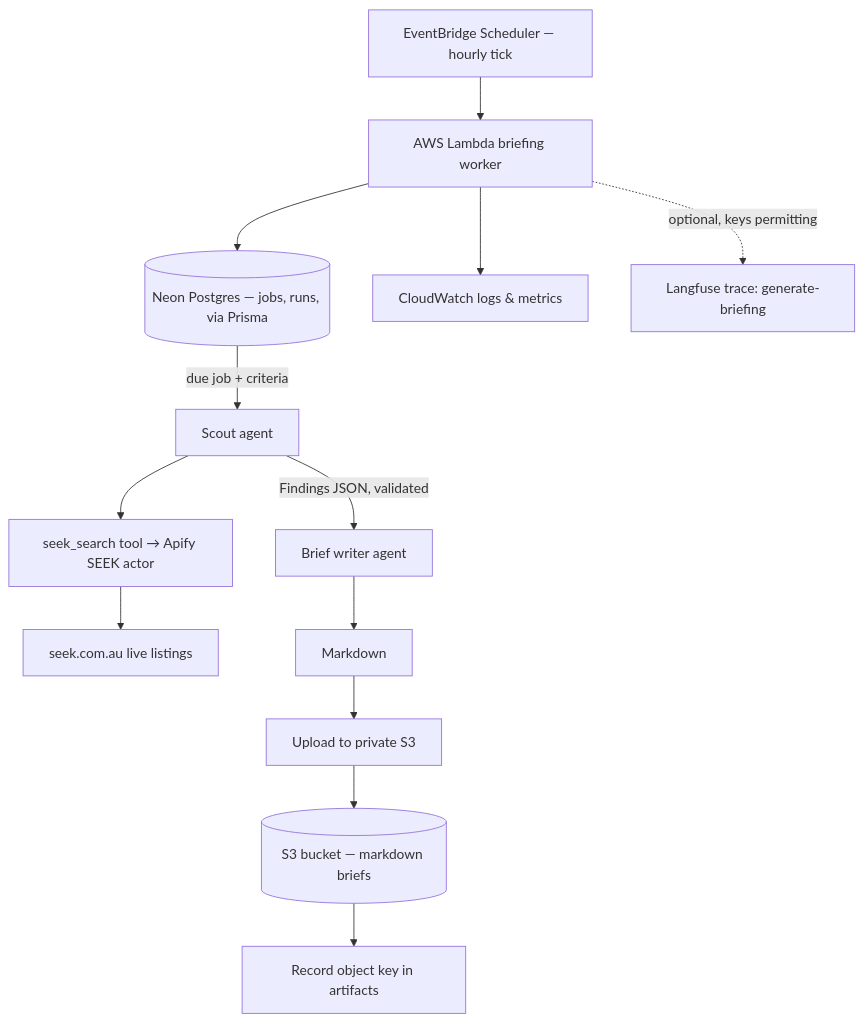
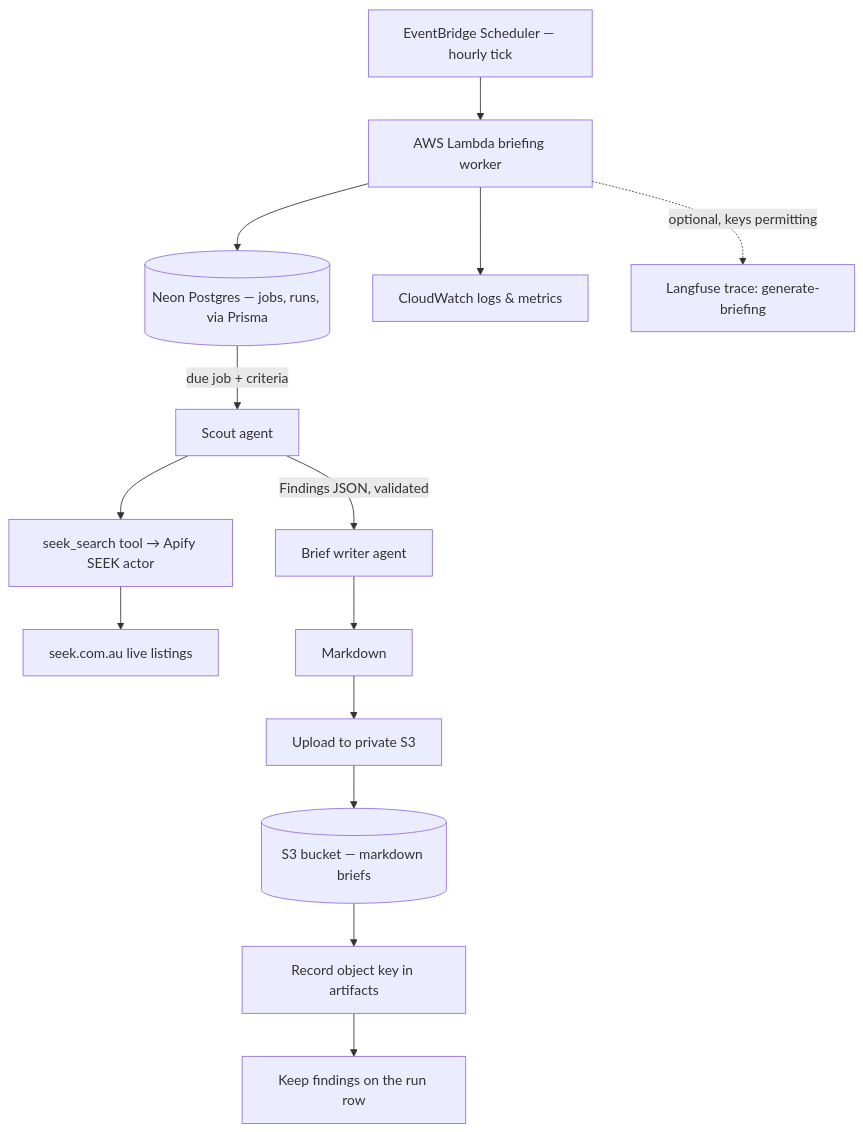
One commit to sunnyeyles/control-panel changed the first of 2 diagrams in OVERVIEW.md. Above: the diagram before and after it, drawn with Mermaid. The commit also changed other lines of this file and 2 other files, not shown here.

````diff
--- a/OVERVIEW.md
+++ b/OVERVIEW.md
@@ -64,15 +64,16 @@
 ```mermaid
 flowchart TD
     E[EventBridge Scheduler — hourly tick] --> F[AWS Lambda briefing worker]
     F --> D[(Neon Postgres — jobs, runs, via Prisma)]
     D -->|due job + criteria| G[Scout agent]
     G --> T[seek_search tool → Apify SEEK actor]
     T --> X[seek.com.au live listings]
     G -->|Findings JSON, validated| L[Brief writer agent]
     L --> Z[Markdown]
     Z --> U[Upload to private S3]
     U --> V[(S3 bucket — markdown briefs)]
     V --> W[Record object key in artifacts]
+    W --> K[Keep findings on the run row]
     F --> CW[CloudWatch logs & metrics]
     F -.->|optional, keys permitting| LF[Langfuse trace: generate-briefing]
 ```
````
